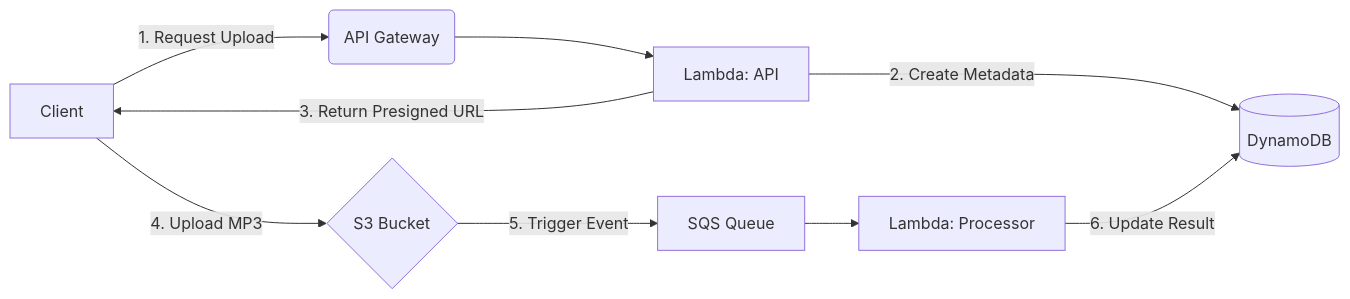
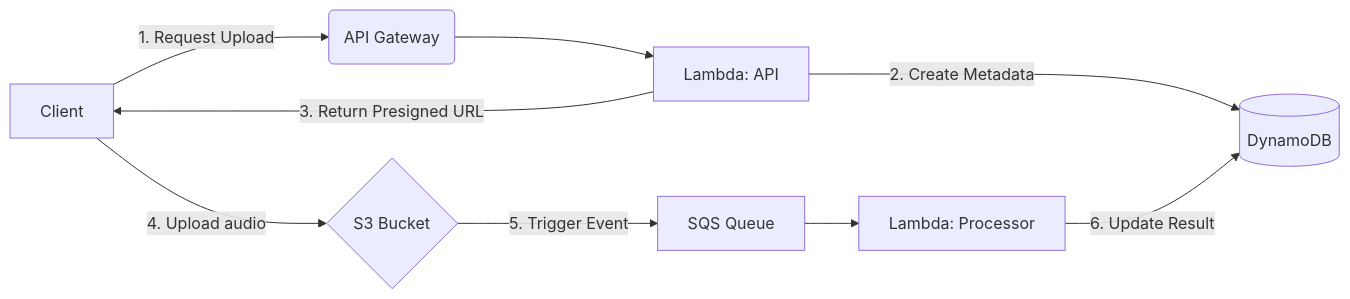
Before and after one commit to jtasse/meowlin: the diagram in README.md, drawn with Mermaid. The commit also changed other lines of this file and 9 other files, not shown here.

````diff
--- a/README.md
+++ b/README.md
@@ -75,11 +87,11 @@
 ```mermaid
 graph LR
     A[Client] -->|1. Request Upload| B(API Gateway)
     B --> C[Lambda: API]
     C -->|2. Create Metadata| D[(DynamoDB)]
     C -->|3. Return Presigned URL| A
-    A -->|4. Upload MP3| E{S3 Bucket}
+    A -->|4. Upload audio| E{S3 Bucket}
     E -->|5. Trigger Event| F[SQS Queue]
     F --> G[Lambda: Processor]
     G -->|6. Update Result| D
 ```
````
